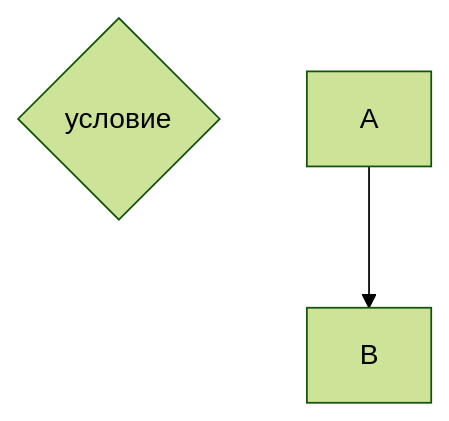
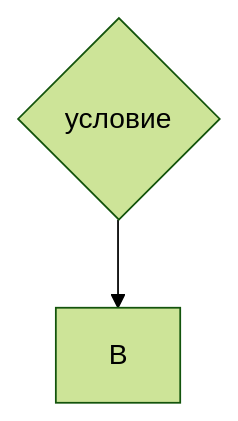
Before and after one commit to SofiiaBobr5565/Mermaid_syntax_hints_for_md: the sixth of 6 diagrams in README.md, drawn with Mermaid (forest theme).

````diff
--- a/README.md
+++ b/README.md
@@ -63,5 +63,4 @@
 ```mermaid
 flowchart TB
-node8{условие}
-А --> B
+node8{условие} --> B
 ```
````
